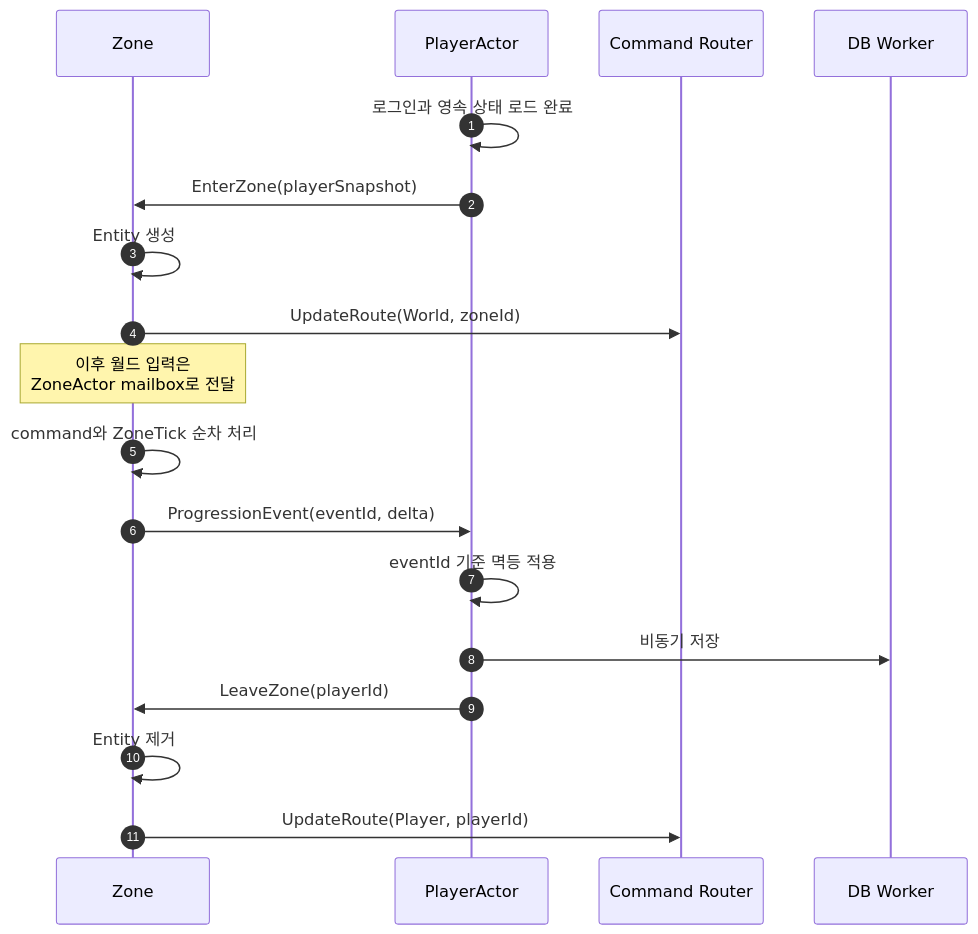
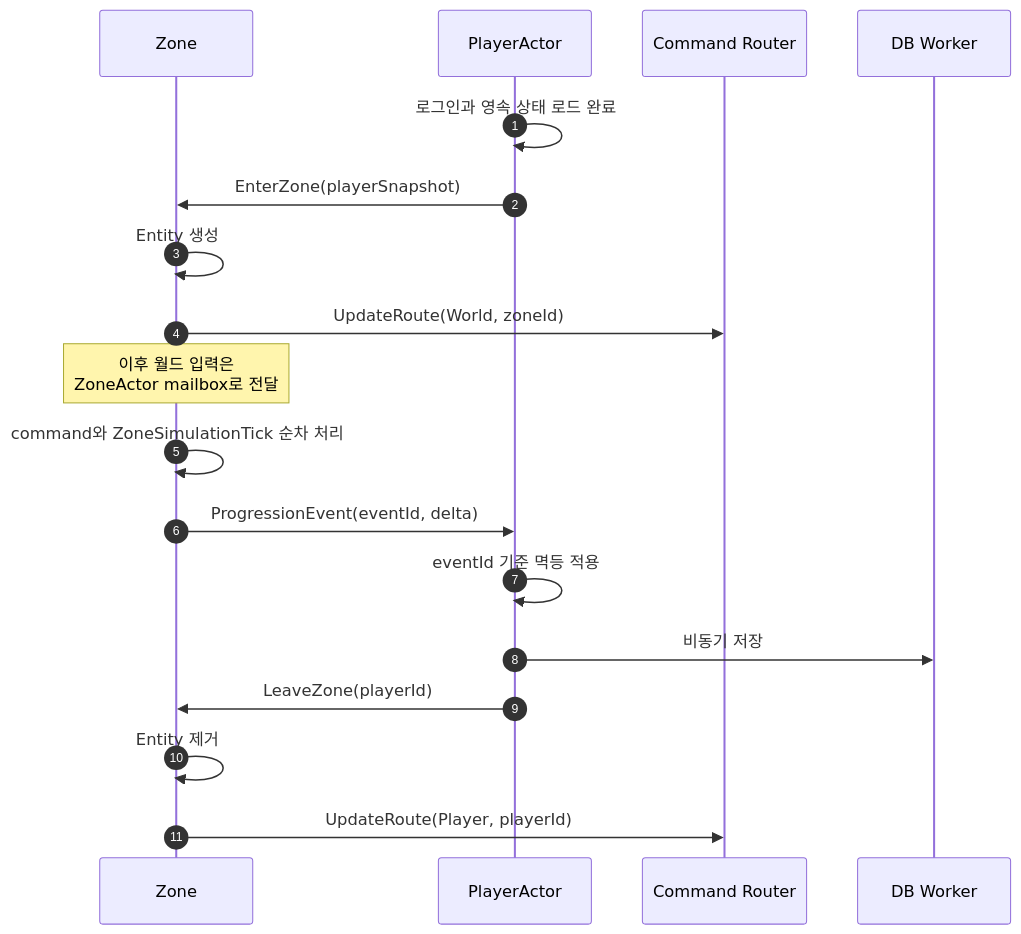
One commit to oak-cassia/SnF changed the third of 3 diagrams in docs/server-architecture-draft.md. Above: the diagram before and after it, drawn with Mermaid. The commit also changed other lines of this file and 21 other files, not shown here.

````diff
--- a/docs/server-architecture-draft.md
+++ b/docs/server-architecture-draft.md
@@ -452,24 +499,24 @@
 ```mermaid
 sequenceDiagram
     autonumber
     participant W as Zone
     participant P as PlayerActor
     participant R as Command Router
     participant D as DB Worker
 
     P->>P: 로그인과 영속 상태 로드 완료
     P->>W: EnterZone(playerSnapshot)
     W->>W: Entity 생성
     W->>R: UpdateRoute(World, zoneId)
 
     Note over W: 이후 월드 입력은<br/>ZoneActor mailbox로 전달
 
-    W->>W: command와 ZoneTick 순차 처리
+    W->>W: command와 ZoneSimulationTick 순차 처리
     W->>P: ProgressionEvent(eventId, delta)
     P->>P: eventId 기준 멱등 적용
     P->>D: 비동기 저장
 
     P->>W: LeaveZone(playerId)
     W->>W: Entity 제거
     W->>R: UpdateRoute(Player, playerId)
 ```
````
